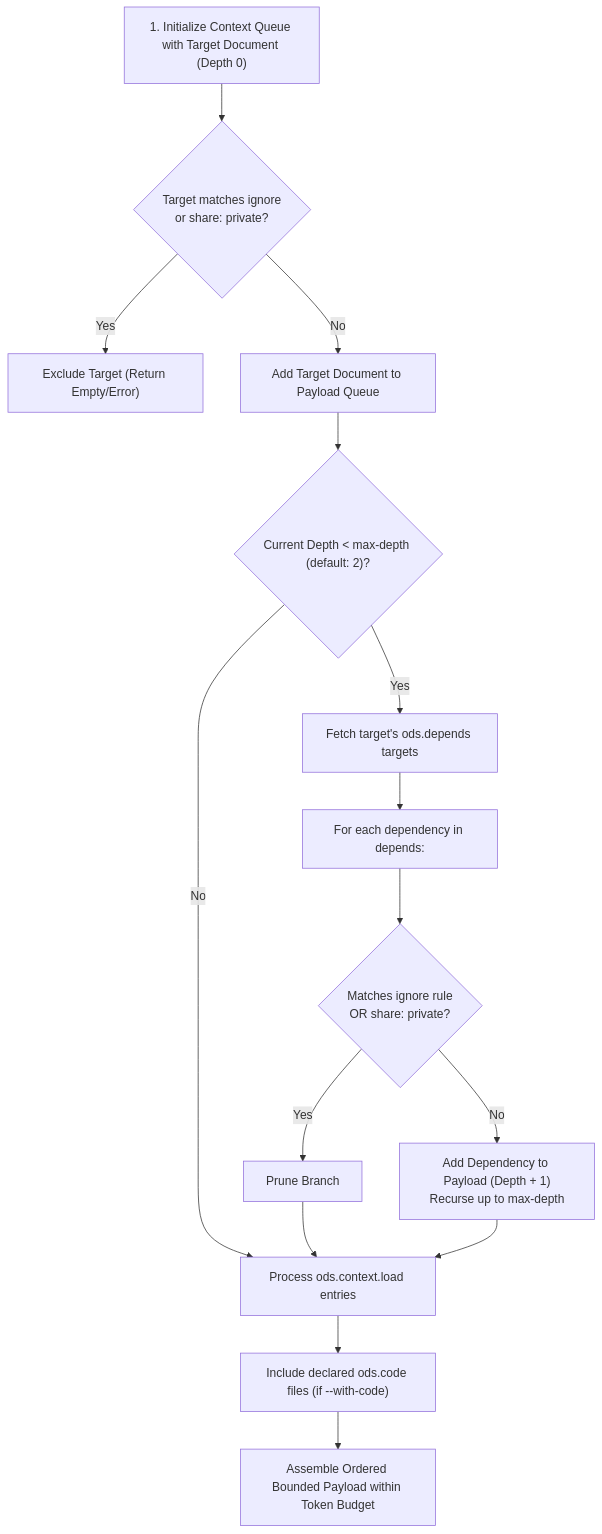
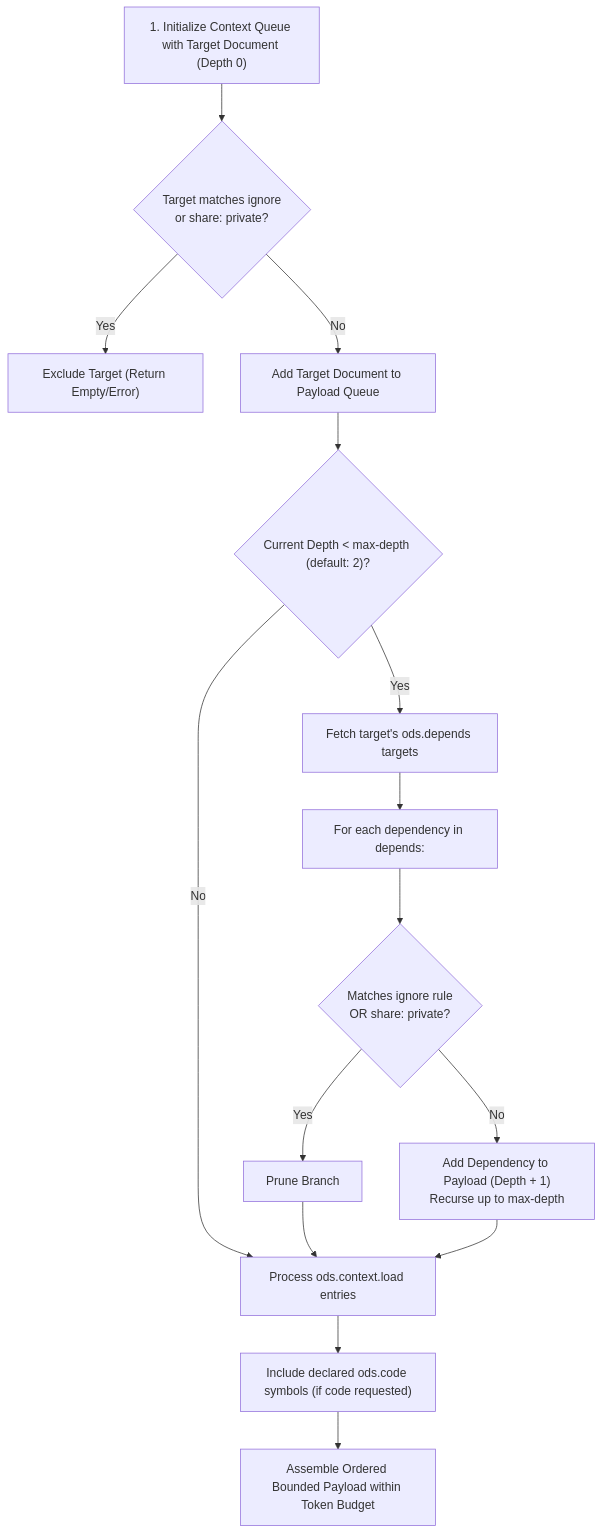
The diagram in specs/context.md (open-doc-spec/ods-spec), drawn with Mermaid before and after one commit. The commit also changed other lines of this file and 71 other files, not shown here.

````diff
--- a/specs/context.md
+++ b/specs/context.md
@@ -189,19 +187,19 @@
 ```mermaid
 flowchart TD
     Start["1. Initialize Context Queue with Target Document (Depth 0)"] --> FilterTarget{"Target matches ignore<br>or share: private?"}
     FilterTarget -- Yes --> Abort["Exclude Target (Return Empty/Error)"]
     FilterTarget -- No --> AddTarget["Add Target Document to Payload Queue"]
 
     AddTarget --> CheckDepth{"Current Depth < max-depth (default: 2)?"}
     CheckDepth -- Yes --> FetchDepends["Fetch target's ods.depends targets"]
     FetchDepends --> LoopDepends["For each dependency in depends:"]
     LoopDepends --> FilterDep{"Matches ignore rule<br>OR share: private?"}
     FilterDep -- Yes --> SkipDep["Prune Branch"]
     FilterDep -- No --> EnqueueDep["Add Dependency to Payload (Depth + 1)<br>Recurse up to max-depth"]
     CheckDepth -- No --> LoadAux["Process ods.context.load entries"]
 
     SkipDep --> LoadAux
     EnqueueDep --> LoadAux
-    LoadAux --> InjectCode["Include declared ods.code files (if --with-code)"]
+    LoadAux --> InjectCode["Include declared ods.code symbols (if code requested)"]
     InjectCode --> Finalize["Assemble Ordered Bounded Payload within Token Budget"]
 ```
````
